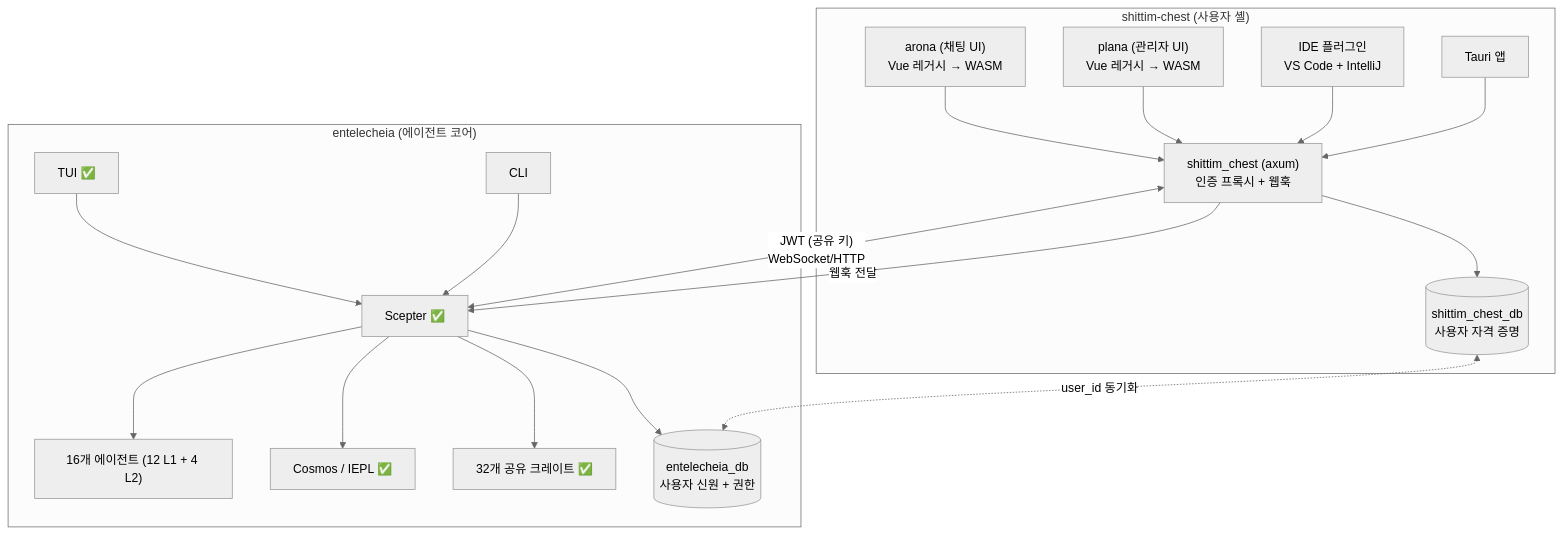
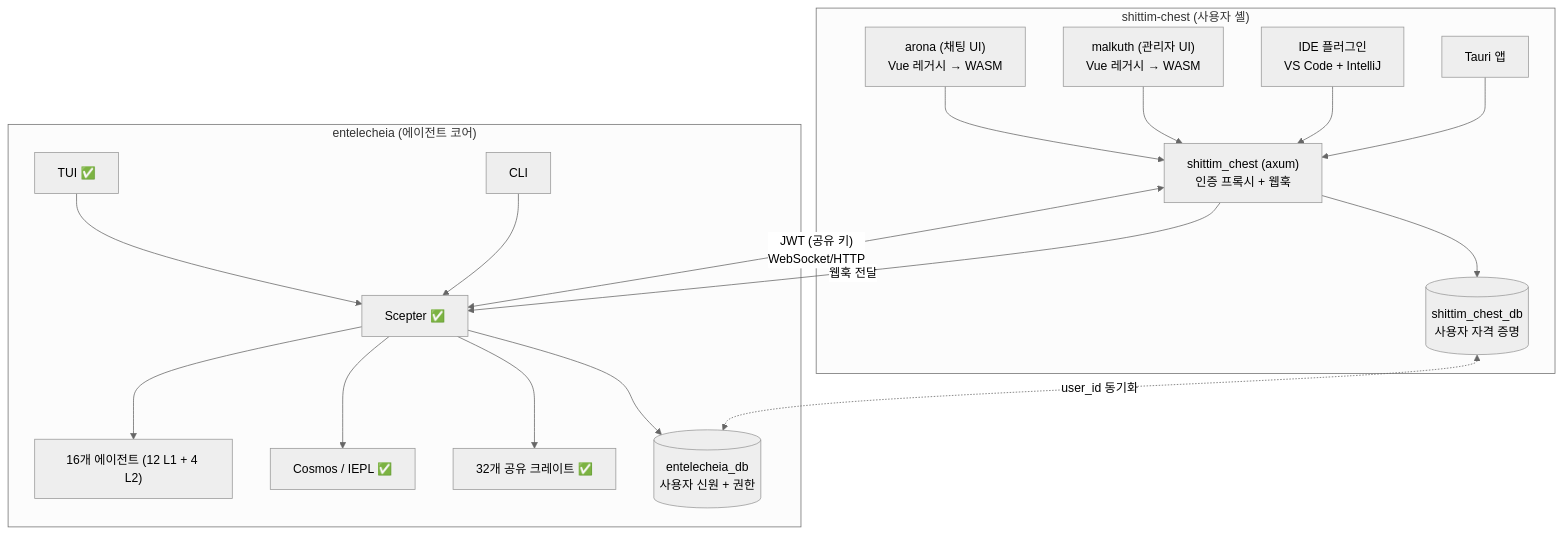
Before and after one commit to celestia-island/docs.celestia.world: the second of 9 diagrams in docs/ko/designs/core/architecture.md, drawn with Mermaid (neutral theme). The commit also changed other lines of this file and 57 other files, not shown here.

First line of the commit message:
rename: plana -> malkuth across docs

````diff
--- a/docs/ko/designs/core/architecture.md
+++ b/docs/ko/designs/core/architecture.md
@@ -83,36 +83,36 @@
 ```mermaid
 flowchart TB
     subgraph shittim_chest["shittim-chest (사용자 셸)"]
         Arona["arona (채팅 UI)\nVue 레거시 → WASM"]
-        Plana["plana (관리자 UI)\nVue 레거시 → WASM"]
+        Malkuth["malkuth (관리자 UI)\nVue 레거시 → WASM"]
         SC["shittim_chest (axum)\n인증 프록시 + 웹훅"]
         IDE["IDE 플러그인\nVS Code + IntelliJ"]
         Tauri["Tauri 앱"]
         SC_DB[("shittim_chest_db\n사용자 자격 증명")]
         Arona --> SC
-        Plana --> SC
+        Malkuth --> SC
         IDE --> SC
         Tauri --> SC
         SC --> SC_DB
     end
 
     subgraph entelecheia["entelecheia (에이전트 코어)"]
         TUI["TUI ✅"]
         CLI["CLI"]
         Scepter["Scepter ✅"]
         Agents["16개 에이전트 (12 L1 + 4 L2)"]
         Cosmos["Cosmos / IEPL ✅"]
         Shared["32개 공유 크레이트 ✅"]
         ENT_DB[("entelecheia_db\n사용자 신원 + 권한")]
         TUI --> Scepter
         CLI --> Scepter
         Scepter --> Agents
         Scepter --> Cosmos
         Scepter --> Shared
         Scepter --> ENT_DB
     end
 
     SC <-->|"JWT (공유 키)\nWebSocket/HTTP"| Scepter
     SC -->|"웹훅 전달"| Scepter
     SC_DB <-.->|"user_id 동기화"| ENT_DB
 ```
````
